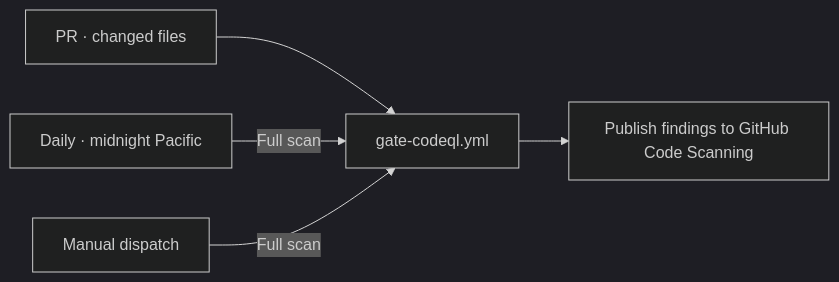
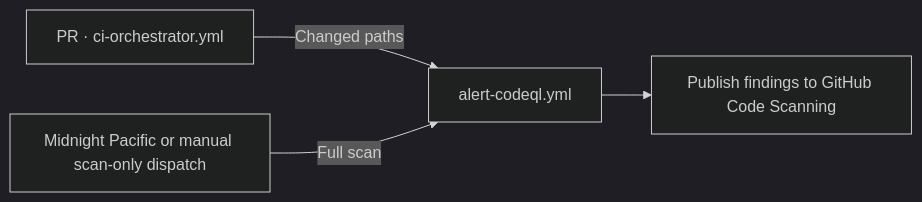
The second of 4 diagrams in .github/workflows/README.md (VanillaIceCube/JudeAndrewAlabaInfrastructure), drawn with Mermaid (dark theme) before and after one commit. The commit also changed other lines of this file and 115 other files, not shown here.

````diff
--- a/.github/workflows/README.md
+++ b/.github/workflows/README.md
@@ -73,7 +100,7 @@
 ```mermaid
 flowchart LR
-    PR["PR · changed files"] --> Q["gate-codeql.yml"]
-    DAILY["Daily · midnight Pacific"] -->|"Full scan"| Q
-    MANUAL["Manual dispatch"] -->|"Full scan"| Q
+    PR["PR · ci-orchestrator.yml"] -->|"Changed paths"| Q["alert-codeql.yml"]
+    DAILY["Midnight Pacific or manual scan-only dispatch"] -->|"Full scan"| Q
+
     Q --> FINDINGS["Publish findings to GitHub Code Scanning"]
 ```
````
